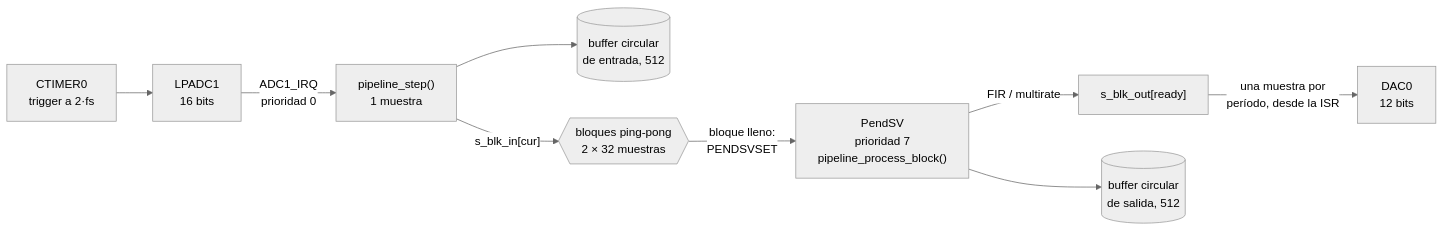
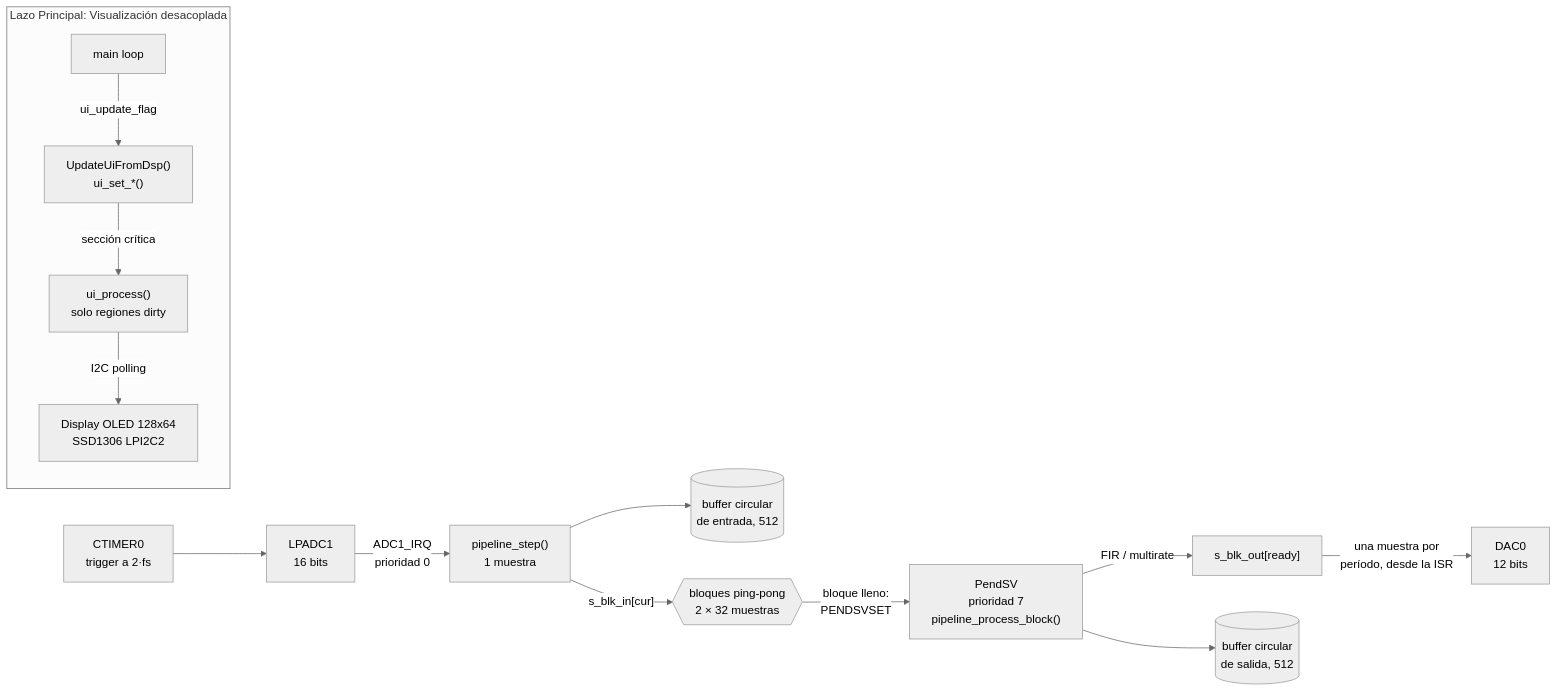
One commit to wandamol1405/DSP---TPs changed the diagram in TP2/informe.md. Above: the diagram before and after it, drawn with Mermaid (neutral theme). The commit also changed other lines of this file, not shown here.

Commit message:
docs(tp2): documentar interfaz OLED I2C, concurrencia segura y refresco parcial en informe

````diff
--- a/TP2/informe.md
+++ b/TP2/informe.md
@@ -212,11 +215,17 @@
 ```mermaid
 flowchart LR
     CT[CTIMER0<br/>trigger a 2·fs] --> ADC[LPADC1<br/>16 bits]
     ADC -->|ADC1_IRQ<br/>prioridad 0| ISR["pipeline_step()<br/>1 muestra"]
     ISR --> CIN[(buffer circular<br/>de entrada, 512)]
     ISR -->|"s_blk_in[cur]"| PP{{bloques ping-pong<br/>2 × 32 muestras}}
     PP -->|bloque lleno:<br/>PENDSVSET| PSV["PendSV<br/>prioridad 7<br/>pipeline_process_block()"]
     PSV -->|"FIR / multirate"| OUTB["s_blk_out[ready]"]
     PSV --> COUT[(buffer circular<br/>de salida, 512)]
     OUTB -->|una muestra por<br/>período, desde la ISR| DAC[DAC0<br/>12 bits]
+
+    subgraph UI_SYS [Lazo Principal: Visualización desacoplada]
+        MAIN[main loop] -->|ui_update_flag| UIA["UpdateUiFromDsp()<br/>ui_set_*()"]
+        UIA -->|sección crítica| UIP["ui_process()<br/>solo regiones dirty"]
+        UIP -->|I2C polling| OLED[Display OLED 128x64<br/>SSD1306 LPI2C2]
+    end
 ```
````
